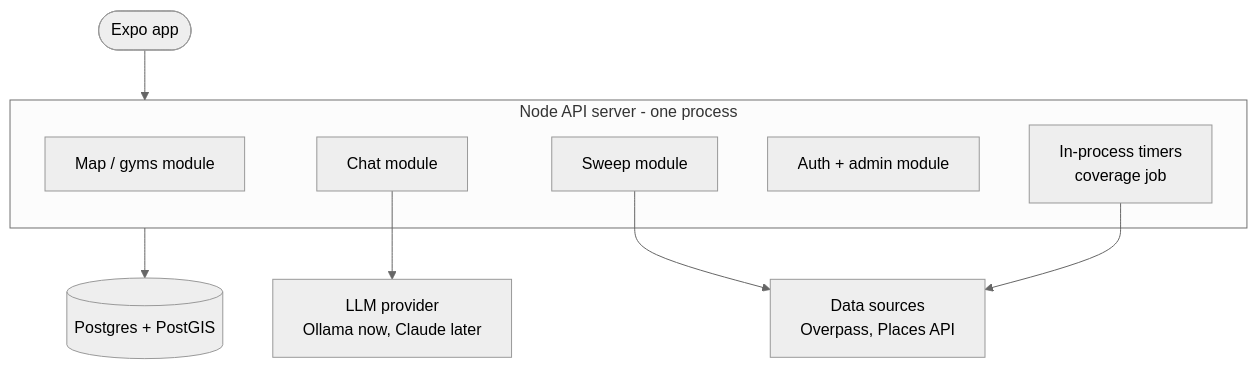
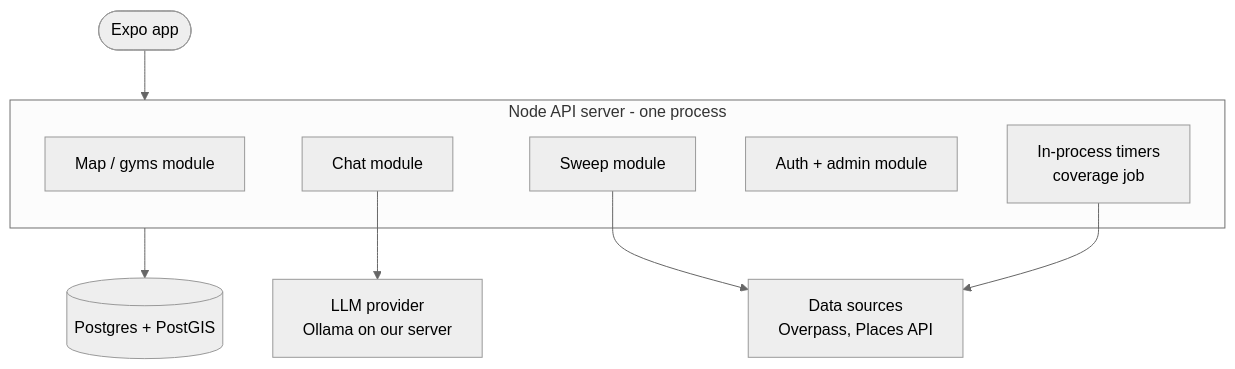
One commit to AbsentLung/TravelApp changed the second of 16 diagrams in DESIGN_DISCUSSION.md. Above: the diagram before and after it, drawn with Mermaid (neutral theme). The commit also changed other lines of this file, not shown here.

````diff
--- a/DESIGN_DISCUSSION.md
+++ b/DESIGN_DISCUSSION.md
@@ -46,15 +46,15 @@
 ```mermaid
 flowchart TB
     App([Expo app]) --> API
     subgraph API[Node API server - one process]
         M[Map / gyms module]
         C[Chat module]
         S[Sweep module]
         A[Auth + admin module]
         J[In-process timers<br/>coverage job]
     end
     API --> PG[(Postgres + PostGIS)]
-    C --> LLM[LLM provider<br/>Ollama now, Claude later]
+    C --> LLM[LLM provider<br/>Ollama on our server]
     S --> SRC[Data sources<br/>Overpass, Places API]
     J --> SRC
 ```
````
